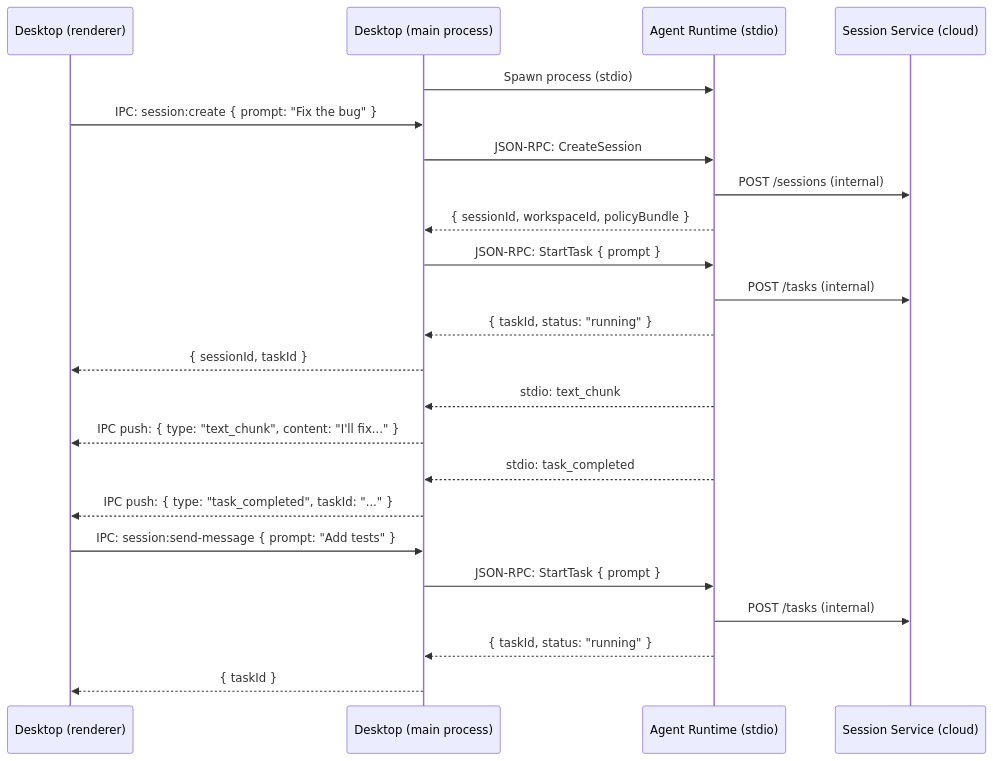
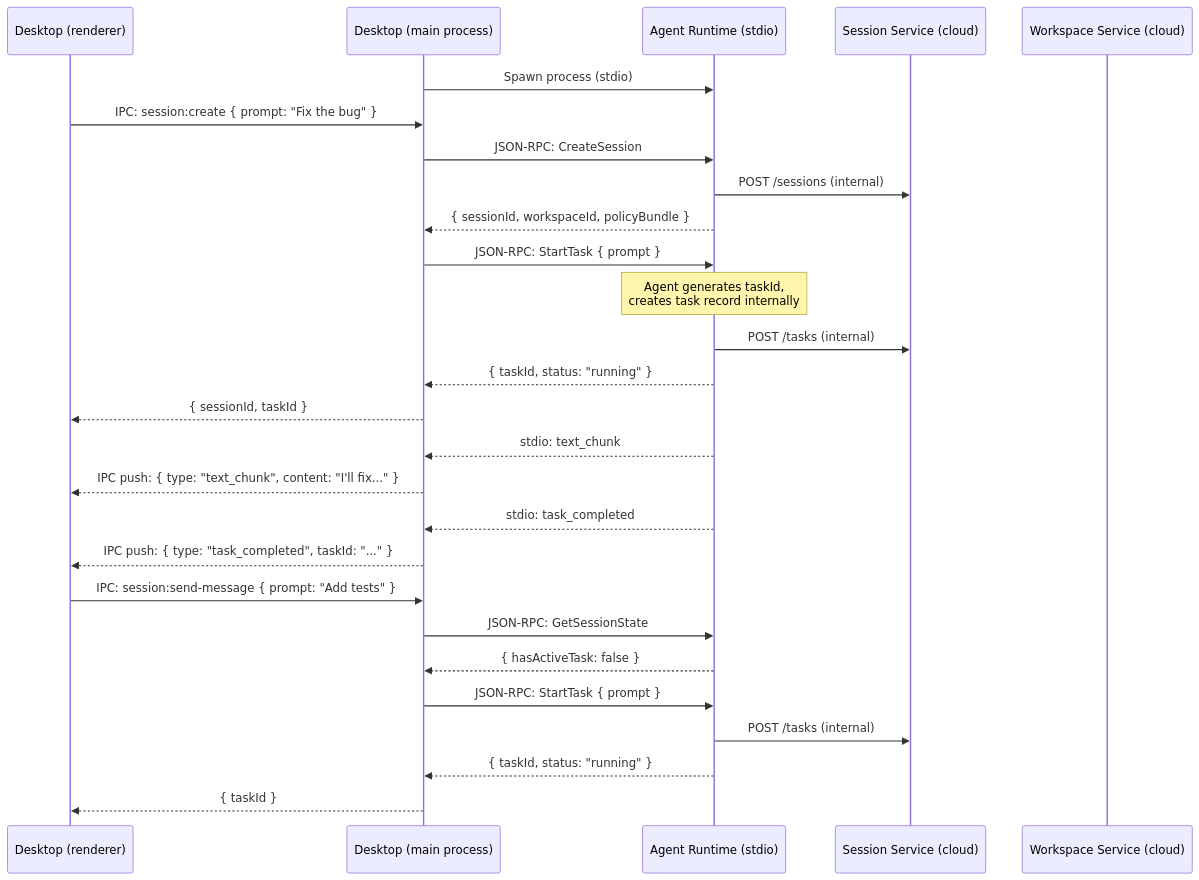
The fourth of 5 diagrams in docs/design/simplified-session-api.md (suman724/cowork-infra), drawn with Mermaid before and after one commit. The commit also changed other lines of this file, not shown here.

First line of the commit message:
docs: fix web + desktop lifecycle diagrams for accuracy

````diff
--- a/docs/design/simplified-session-api.md
+++ b/docs/design/simplified-session-api.md
@@ -533,29 +539,33 @@
 ```mermaid
 sequenceDiagram
     participant UI as Desktop (renderer)
     participant Main as Desktop (main process)
     participant Agent as Agent Runtime (stdio)
     participant SS as Session Service (cloud)
+    participant WS as Workspace Service (cloud)
 
     Main->>Agent: Spawn process (stdio)
 
     UI->>Main: IPC: session:create { prompt: "Fix the bug" }
     Main->>Agent: JSON-RPC: CreateSession
     Agent->>SS: POST /sessions (internal)
     Agent-->>Main: { sessionId, workspaceId, policyBundle }
     Main->>Agent: JSON-RPC: StartTask { prompt }
+    Note over Agent: Agent generates taskId,<br/>creates task record internally
     Agent->>SS: POST /tasks (internal)
     Agent-->>Main: { taskId, status: "running" }
     Main-->>UI: { sessionId, taskId }
 
     Agent-->>Main: stdio: text_chunk
     Main-->>UI: IPC push: { type: "text_chunk", content: "I'll fix..." }
     Agent-->>Main: stdio: task_completed
     Main-->>UI: IPC push: { type: "task_completed", taskId: "..." }
 
     UI->>Main: IPC: session:send-message { prompt: "Add tests" }
+    Main->>Agent: JSON-RPC: GetSessionState
+    Agent-->>Main: { hasActiveTask: false }
     Main->>Agent: JSON-RPC: StartTask { prompt }
     Agent->>SS: POST /tasks (internal)
     Agent-->>Main: { taskId, status: "running" }
     Main-->>UI: { taskId }
 ```
````
